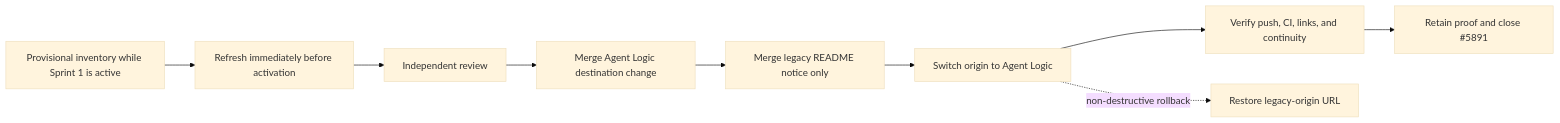
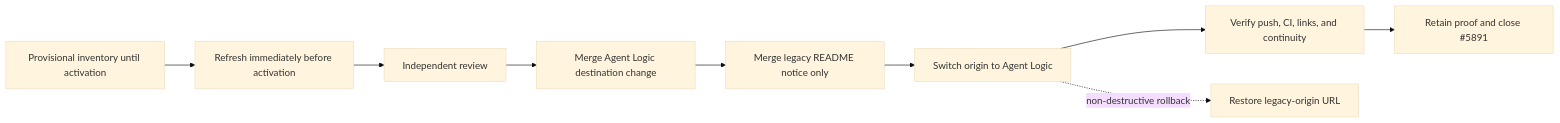
The diagram in .csdlc/prepared/issues/5891/diagram.mmd (agent-logic/agent-design-language), drawn with Mermaid (base theme) before and after one commit. The commit also changed 15 other files, not shown here.

```diff
--- a/.csdlc/prepared/issues/5891/diagram.mmd
+++ b/.csdlc/prepared/issues/5891/diagram.mmd
@@ -1,9 +1,9 @@
 flowchart LR
-  F["Provisional inventory while Sprint 1 is active"] --> T["Refresh immediately before activation"]
+  F["Provisional inventory until activation"] --> T["Refresh immediately before activation"]
   T --> R["Independent review"]
   R --> D["Merge Agent Logic destination change"]
   D --> N["Merge legacy README notice only"]
   N --> C["Switch origin to Agent Logic"]
   C --> V["Verify push, CI, links, and continuity"]
   V --> P["Retain proof and close #5891"]
   C -. "non-destructive rollback" .-> L["Restore legacy-origin URL"]
```
